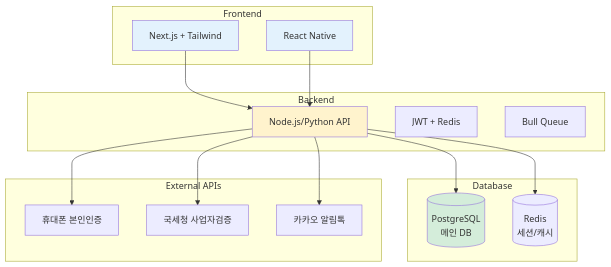
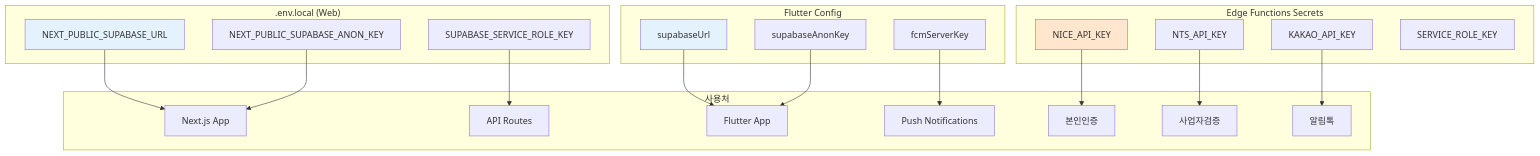
Before and after one commit to crazybass81/DOT: diagram 11 of 11 in services/attendance/user-permission-diagram.md, drawn with Mermaid. The commit also changed other lines of this file, not shown here.

````diff
--- a/services/attendance/user-permission-diagram.md
+++ b/services/attendance/user-permission-diagram.md
@@ -381,37 +604,39 @@
 ```mermaid
-graph TB
-    subgraph "Frontend"
-        Web[Next.js + Tailwind]
-        Mobile[React Native]
+graph TD
+    subgraph ".env.local (Web)"
+        E1[NEXT_PUBLIC_SUPABASE_URL]
+        E2[NEXT_PUBLIC_SUPABASE_ANON_KEY]
+        E3[SUPABASE_SERVICE_ROLE_KEY]
     end
     
-    subgraph "Backend"
-        API[Node.js/Python API]
-        Auth[JWT + Redis]
-        Queue[Bull Queue]
+    subgraph "Flutter Config"
+        F1[supabaseUrl]
+        F2[supabaseAnonKey]
+        F3[fcmServerKey]
     end
     
-    subgraph "Database"
-        PG[(PostgreSQL<br/>메인 DB)]
-        Redis[(Redis<br/>세션/캐시)]
+    subgraph "Edge Functions Secrets"
+        S1[NICE_API_KEY]
+        S2[NTS_API_KEY]
+        S3[KAKAO_API_KEY]
+        S4[SERVICE_ROLE_KEY]
     end
     
-    subgraph "External APIs"
-        NICE[휴대폰 본인인증]
-        NTS[국세청 사업자검증]
-        Kakao[카카오 알림톡]
+    subgraph "사용처"
+        E1 --> Web[Next.js App]
+        E2 --> Web
+        E3 --> API[API Routes]
+        
+        F1 --> Mobile[Flutter App]
+        F2 --> Mobile
+        F3 --> Push[Push Notifications]
+        
+        S1 --> Auth[본인인증]
+        S2 --> Verify[사업자검증]
+        S3 --> Alert[알림톡]
     end
     
-    Web --> API
-    Mobile --> API
-    API --> PG
-    API --> Redis
-    API --> NICE
-    API --> NTS
-    API --> Kakao
-    
-    style Web fill:#e3f2fd
-    style Mobile fill:#e3f2fd
-    style API fill:#fff3cd
-    style PG fill:#d4edda
+    style E1 fill:#e3f2fd
+    style F1 fill:#e3f2fd
+    style S1 fill:#ffe6cc
 ```
````
